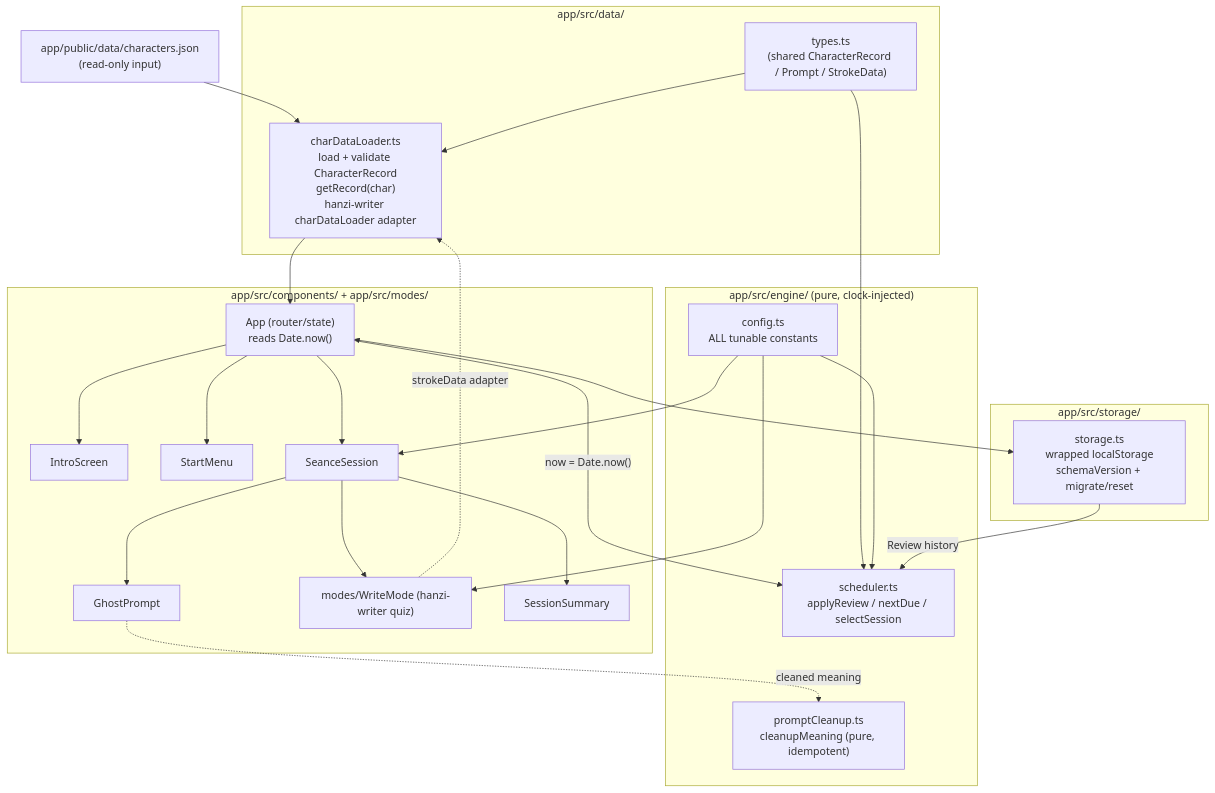
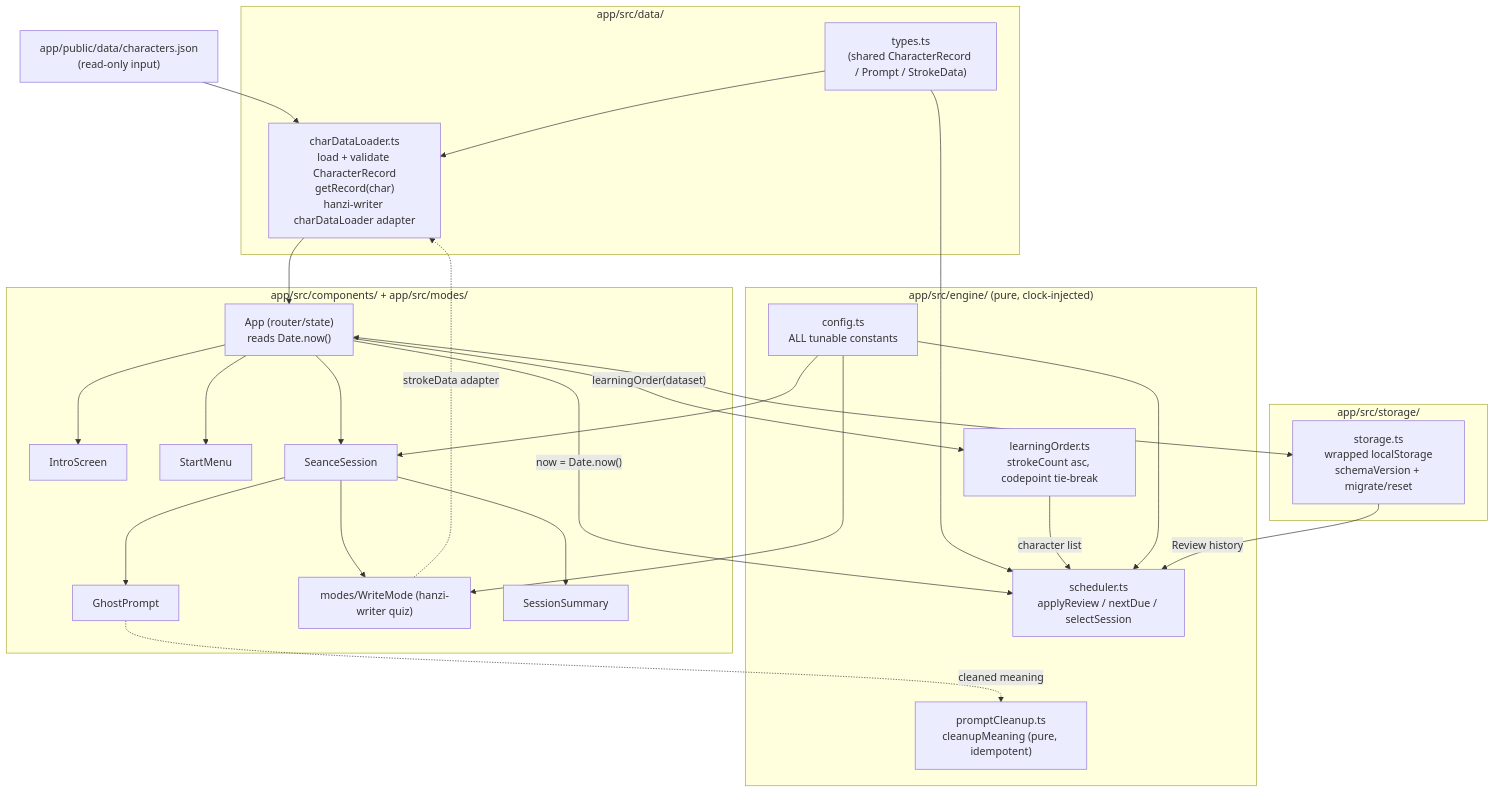
Before and after one commit to Taki-PRO/ghost-script: the diagram in .kiro/specs/ghost-game-core/design.md, drawn with Mermaid. The commit also changed other lines of this file and 8 other files, not shown here.

````diff
--- a/.kiro/specs/ghost-game-core/design.md
+++ b/.kiro/specs/ghost-game-core/design.md
@@ -30,50 +30,53 @@
 ```mermaid
 flowchart TD
     JSON["app/public/data/characters.json\n(read-only input)"]
 
     subgraph data["app/src/data/"]
         LOADER["charDataLoader.ts\nload + validate CharacterRecord\ngetRecord(char)\nhanzi-writer charDataLoader adapter"]
         TYPES["types.ts\n(shared CharacterRecord / Prompt / StrokeData)"]
     end
 
     subgraph engine["app/src/engine/ (pure, clock-injected)"]
         CONFIG["config.ts\nALL tunable constants"]
         SCHED["scheduler.ts\napplyReview / nextDue / selectSession"]
         CLEAN["promptCleanup.ts\ncleanupMeaning (pure, idempotent)"]
+        LEARN["learningOrder.ts\nstrokeCount asc, codepoint tie-break"]
     end
 
     subgraph storage["app/src/storage/"]
         STORE["storage.ts\nwrapped localStorage\nschemaVersion + migrate/reset"]
     end
 
     subgraph ui["app/src/components/ + app/src/modes/"]
         APP["App (router/state)\nreads Date.now()"]
         INTRO["IntroScreen"]
         MENU["StartMenu"]
         SEANCE["SeanceSession"]
         PROMPT["GhostPrompt"]
         WRITE["modes/WriteMode (hanzi-writer quiz)"]
         SUMMARY["SessionSummary"]
     end
 
     JSON --> LOADER
     TYPES --> LOADER
     TYPES --> SCHED
     LOADER --> APP
     APP --> INTRO
     APP --> MENU
     APP --> SEANCE
     SEANCE --> PROMPT
     SEANCE --> WRITE
     SEANCE --> SUMMARY
     PROMPT -. cleaned meaning .-> CLEAN
     WRITE -. strokeData adapter .-> LOADER
 
     APP -- "now = Date.now()" --> SCHED
+    APP -- "learningOrder(dataset)" --> LEARN
+    LEARN -- "character list" --> SCHED
     CONFIG --> SCHED
     CONFIG --> WRITE
     CONFIG --> SEANCE
 
     APP <--> STORE
     STORE -- "Review history" --> SCHED
 ```
````
